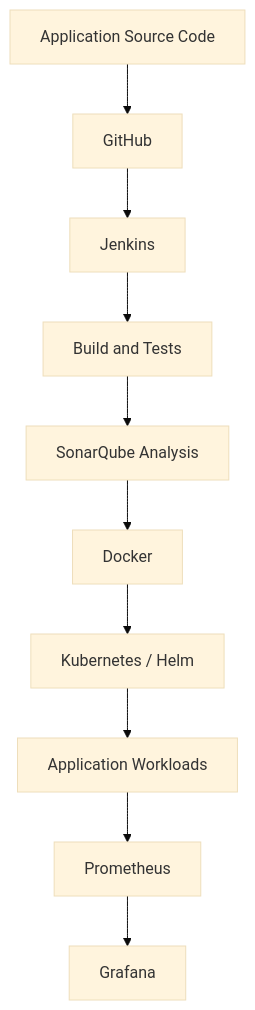
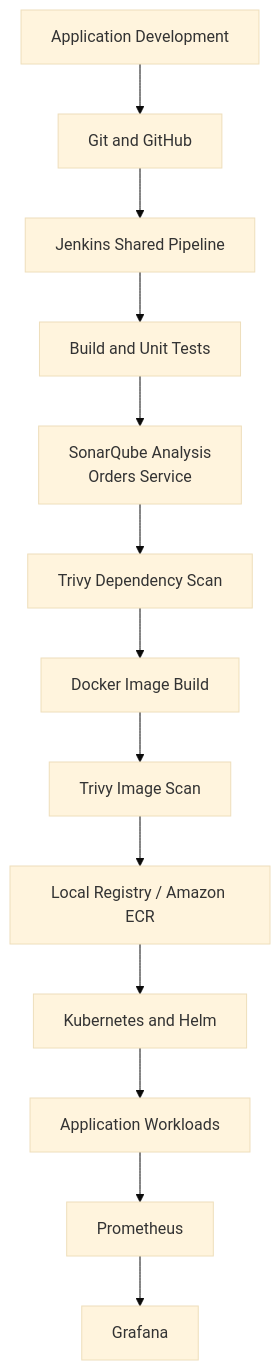
One commit to kantamnenimanusha/cloudops-360 changed the second of 5 diagrams in README.md. Above: the diagram before and after it, drawn with Mermaid (base theme). The commit also changed other lines of this file, not shown here.

````diff
--- a/README.md
+++ b/README.md
@@ -203,23 +263,23 @@
 ```mermaid
 flowchart TD
-    A["Application Source Code"]
-    B["GitHub"]
-    C["Jenkins"]
-    D["Build and Tests"]
-    E["SonarQube Analysis"]
-    F["Docker"]
-    G["Kubernetes / Helm"]
-    H["Application Workloads"]
-    I["Prometheus"]
-    J["Grafana"]
+    A["Application Development"]
+    B["Git and GitHub"]
+    C["Jenkins Shared Pipeline"]
+    D["Build and Unit Tests"]
+    E["SonarQube Analysis<br/>Orders Service"]
+    F["Trivy Dependency Scan"]
+    G["Docker Image Build"]
+    H["Trivy Image Scan"]
+    I["Local Registry / Amazon ECR"]
+    J["Kubernetes and Helm"]
+    K["Application Workloads"]
+    L["Prometheus"]
+    M["Grafana"]
 
-    A --> B
-    B --> C
-    C --> D
+    A --> B --> C --> D
     D --> E
     E --> F
-    F --> G
-    G --> H
-    H --> I
-    I --> J
+    F --> G --> H --> I
+    I --> J --> K
+    K --> L --> M
 ```
````
